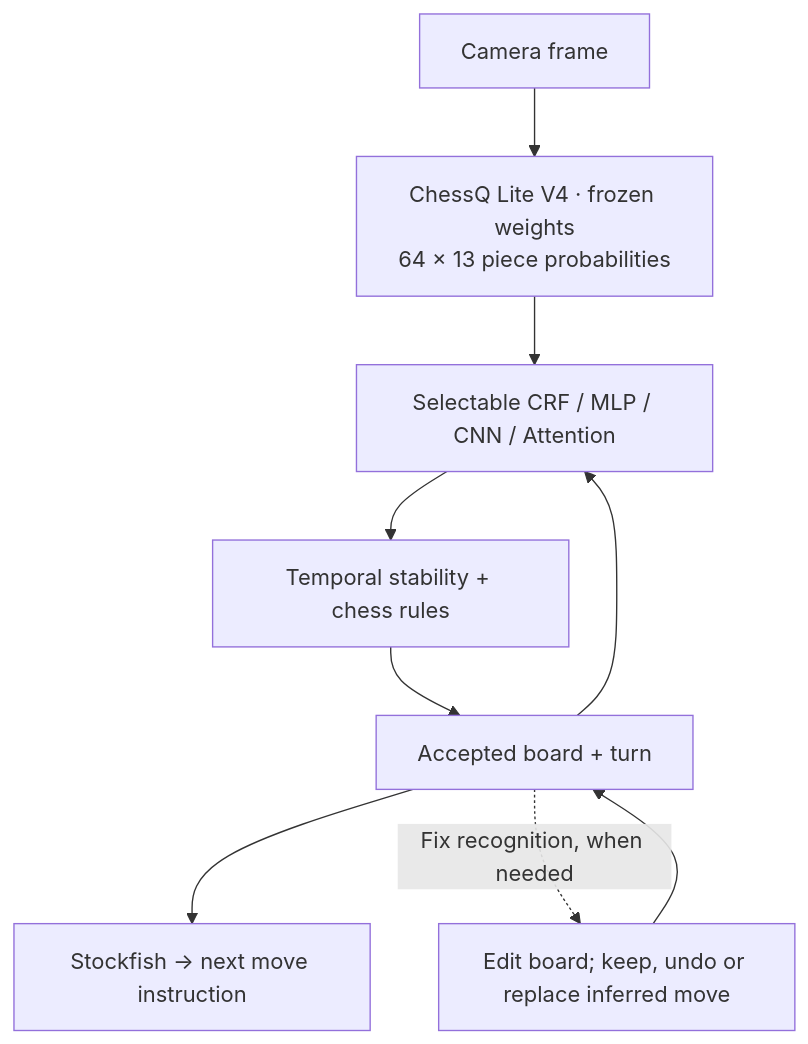
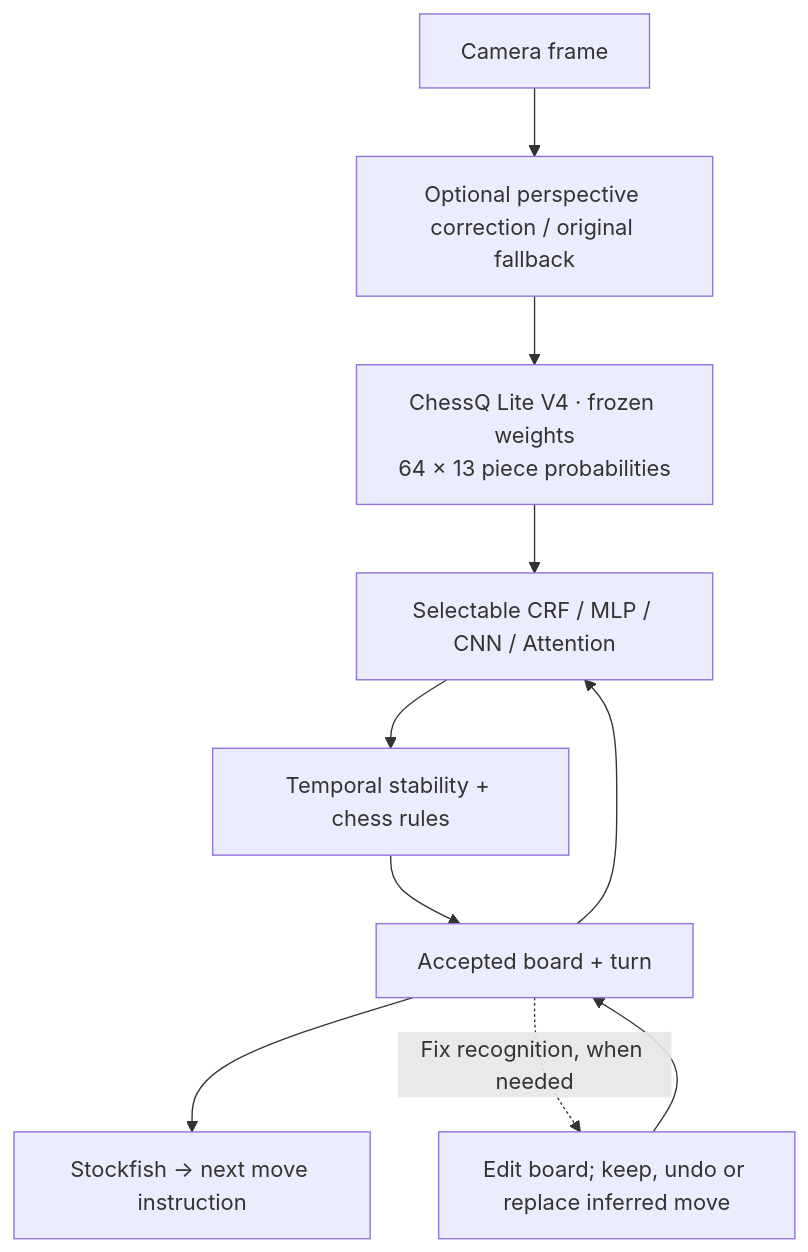
The diagram in README.md (AmethystineAlpaca/camera_chess), drawn with Mermaid before and after one commit. The commit also changed other lines of this file and 39 other files, not shown here.

Commit message:
Complete physical promotion and perspective correction with progress demos

````diff
--- a/README.md
+++ b/README.md
@@ -38,11 +56,12 @@
 ```mermaid
 flowchart TD
-    C["Camera frame"] --> V["ChessQ Lite V4 · frozen weights<br/>64 × 13 piece probabilities"]
+    C["Camera frame"] --> P["Optional perspective correction / original fallback"]
+    P --> V["ChessQ Lite V4 · frozen weights<br/>64 × 13 piece probabilities"]
     V --> R["Selectable CRF / MLP / CNN / Attention"]
     G["Accepted board + turn"] --> R
     R --> T["Temporal stability + chess rules"]
     T --> G
     G --> S["Stockfish → next move instruction"]
     G -. "Fix recognition, when needed" .-> F["Edit board; keep, undo or replace inferred move"]
     F --> G
 ```
````
